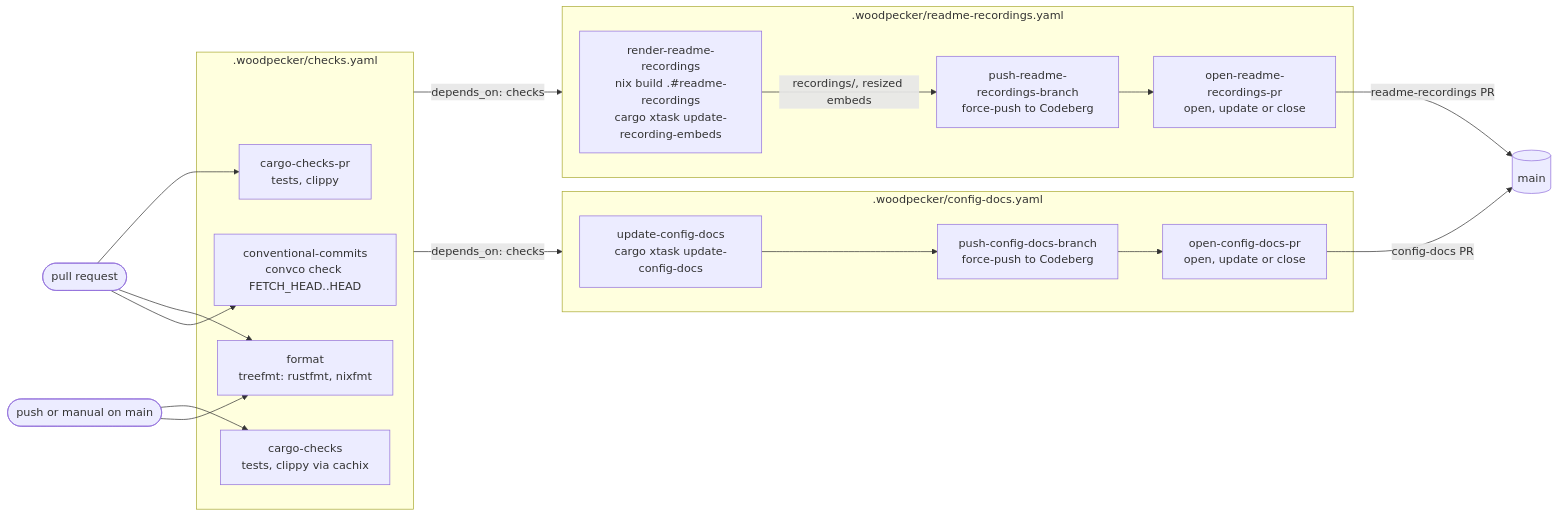
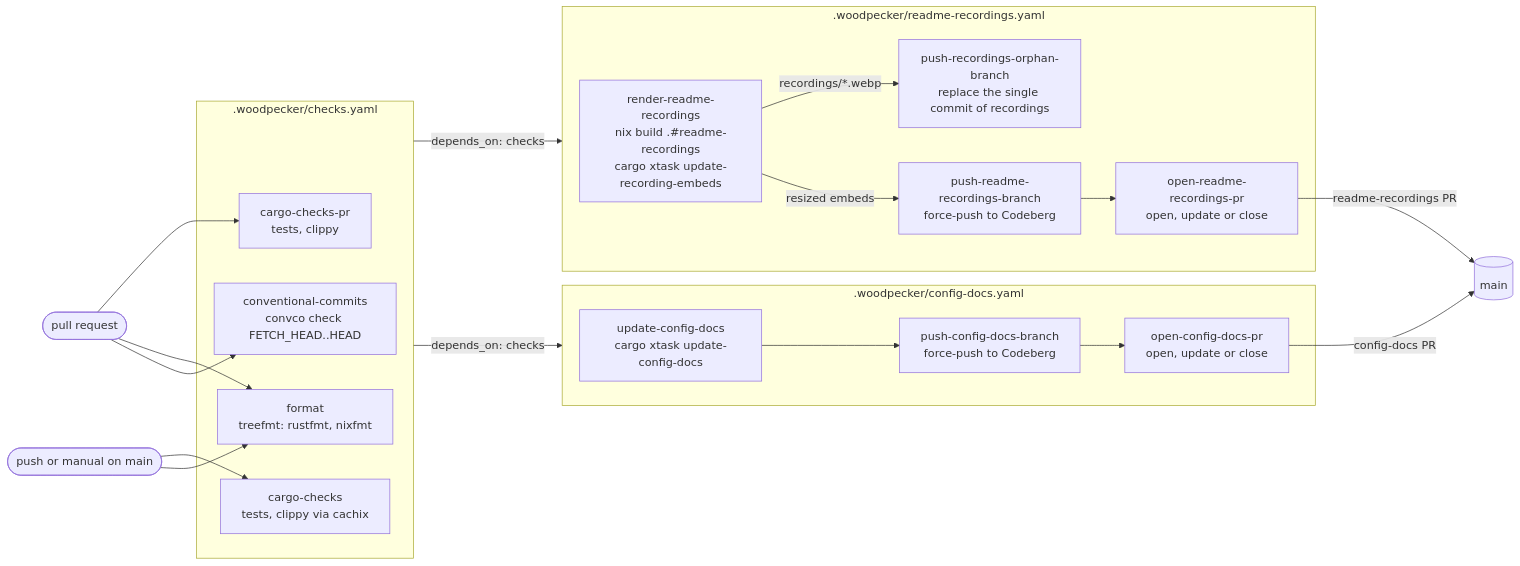
Before and after one commit to wvhulle/sottomano: the second of 3 diagrams in docs/development.md, drawn with Mermaid. The commit also changed other lines of this file and 16 other files, not shown here.

Commit message:
docs: publish recordings on an orphan branch

````diff
--- a/docs/development.md
+++ b/docs/development.md
@@ -107,37 +108,39 @@
 ```mermaid
 flowchart LR
   pull_request_event(["pull request"])
   main_push_event(["push or manual on main"])
 
   subgraph checks_pipeline [".woodpecker/checks.yaml"]
     cargo_checks_pr["cargo-checks-pr<br>tests, clippy"]
     cargo_checks["cargo-checks<br>tests, clippy via cachix"]
     format_check["format<br>treefmt: rustfmt, nixfmt"]
     conventional_commits["conventional-commits<br>convco check FETCH_HEAD..HEAD"]
   end
 
   subgraph recordings_pipeline [".woodpecker/readme-recordings.yaml"]
     render_recordings["render-readme-recordings<br>nix build .#readme-recordings<br>cargo xtask update-recording-embeds"]
+    push_orphan_recordings["push-recordings-orphan-branch<br>replace the single commit of recordings"]
     push_recordings_branch["push-readme-recordings-branch<br>force-push to Codeberg"]
     open_recordings_pull_request["open-readme-recordings-pr<br>open, update or close"]
-    render_recordings -->|"recordings/, resized embeds"| push_recordings_branch
+    render_recordings -->|"recordings/*.webp"| push_orphan_recordings
+    render_recordings -->|resized embeds| push_recordings_branch
     push_recordings_branch --> open_recordings_pull_request
   end
 
   subgraph config_docs_pipeline [".woodpecker/config-docs.yaml"]
     update_config_docs["update-config-docs<br>cargo xtask update-config-docs"]
     push_config_docs_branch["push-config-docs-branch<br>force-push to Codeberg"]
     open_config_docs_pull_request["open-config-docs-pr<br>open, update or close"]
     update_config_docs --> push_config_docs_branch
     push_config_docs_branch --> open_config_docs_pull_request
   end
 
   main_branch[("main")]
 
   pull_request_event --> cargo_checks_pr & format_check & conventional_commits
   main_push_event --> cargo_checks & format_check
   checks_pipeline -->|"depends_on: checks"| recordings_pipeline
   checks_pipeline -->|"depends_on: checks"| config_docs_pipeline
   open_recordings_pull_request -->|readme-recordings PR| main_branch
   open_config_docs_pull_request -->|config-docs PR| main_branch
 ```
````
